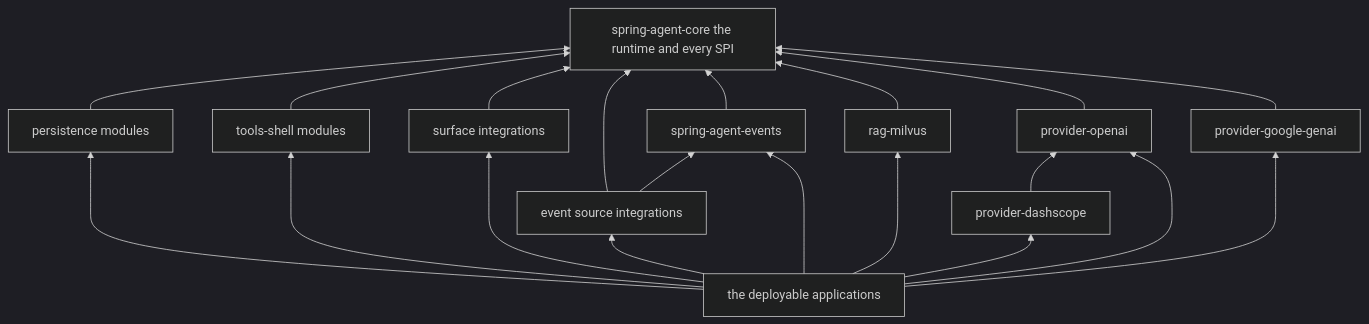
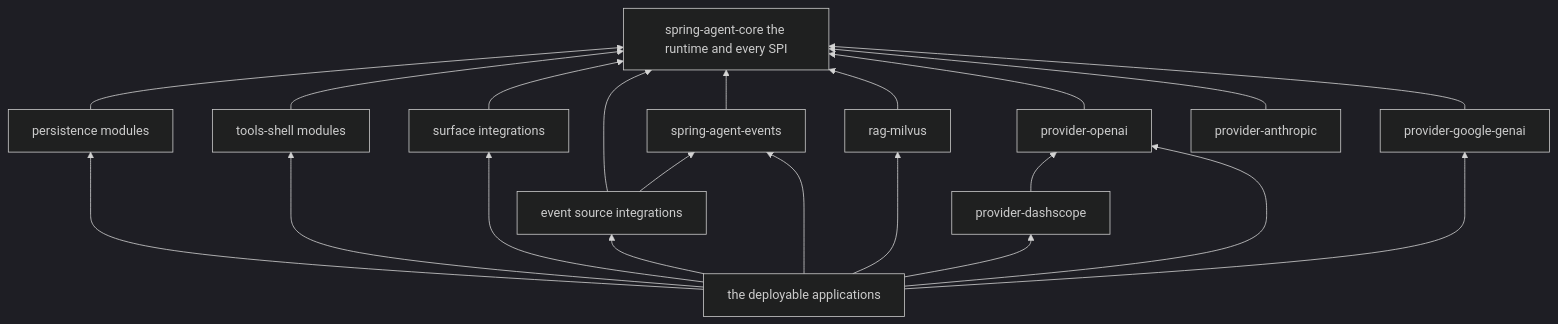
Before and after one commit to kezhenxu94/spring-agent: the seventh of 7 diagrams in docs/architecture.md, drawn with Mermaid (dark theme). The commit also changed other lines of this file and 57 other files, not shown here.

````diff
--- a/docs/architecture.md
+++ b/docs/architecture.md
@@ -289,34 +289,36 @@
 ```mermaid
 flowchart BT
     core[spring-agent-core the runtime and every SPI]
     pers[persistence modules]
     shell[tools-shell modules]
     surf[surface integrations]
     src[event source integrations]
     events[spring-agent-events]
     rag[rag-milvus]
     prov[provider-openai]
     dash[provider-dashscope]
     genai[provider-google-genai]
+    anth[provider-anthropic]
     apps[the deployable applications]
 
     pers --> core
     shell --> core
     surf --> core
     src --> events
     src --> core
     events --> core
     rag --> core
     prov --> core
+    anth --> core
     dash --> prov
     genai --> core
     apps --> pers
     apps --> shell
     apps --> surf
     apps --> src
     apps --> events
     apps --> rag
     apps --> prov
     apps --> dash
     apps --> genai
 ```
````
